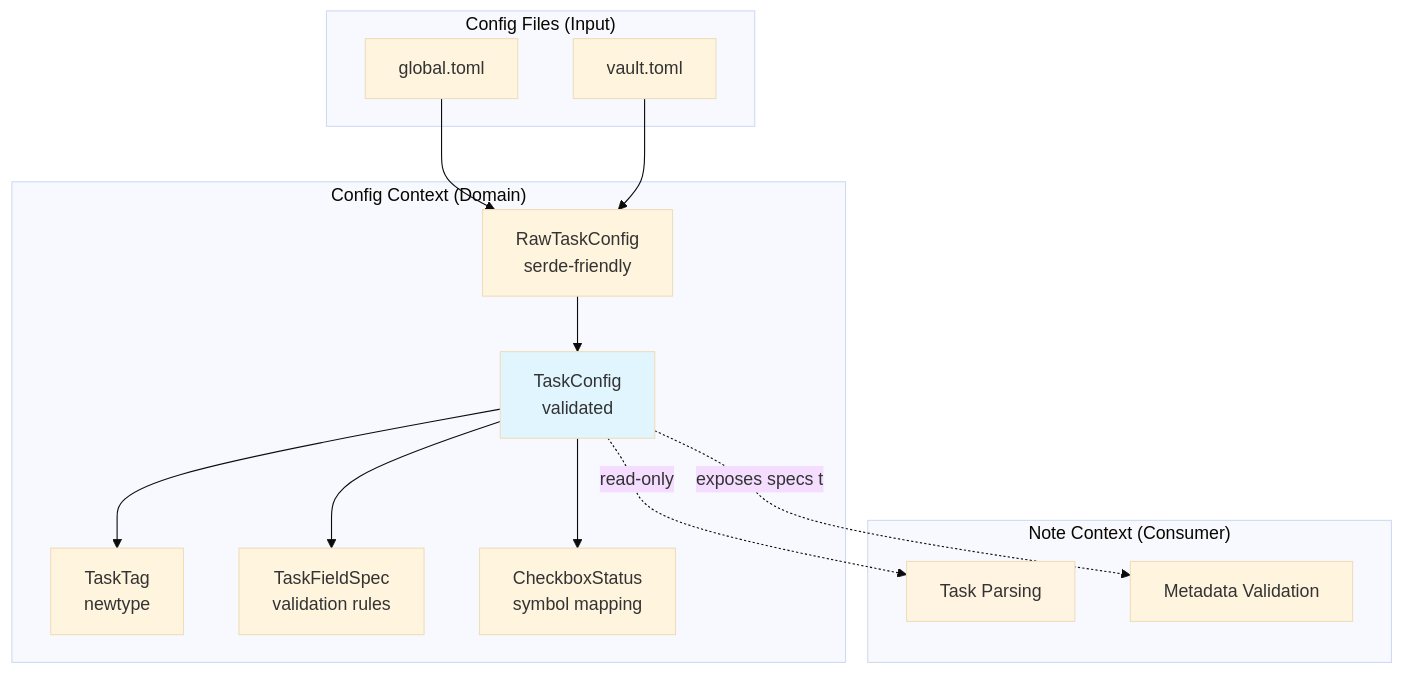
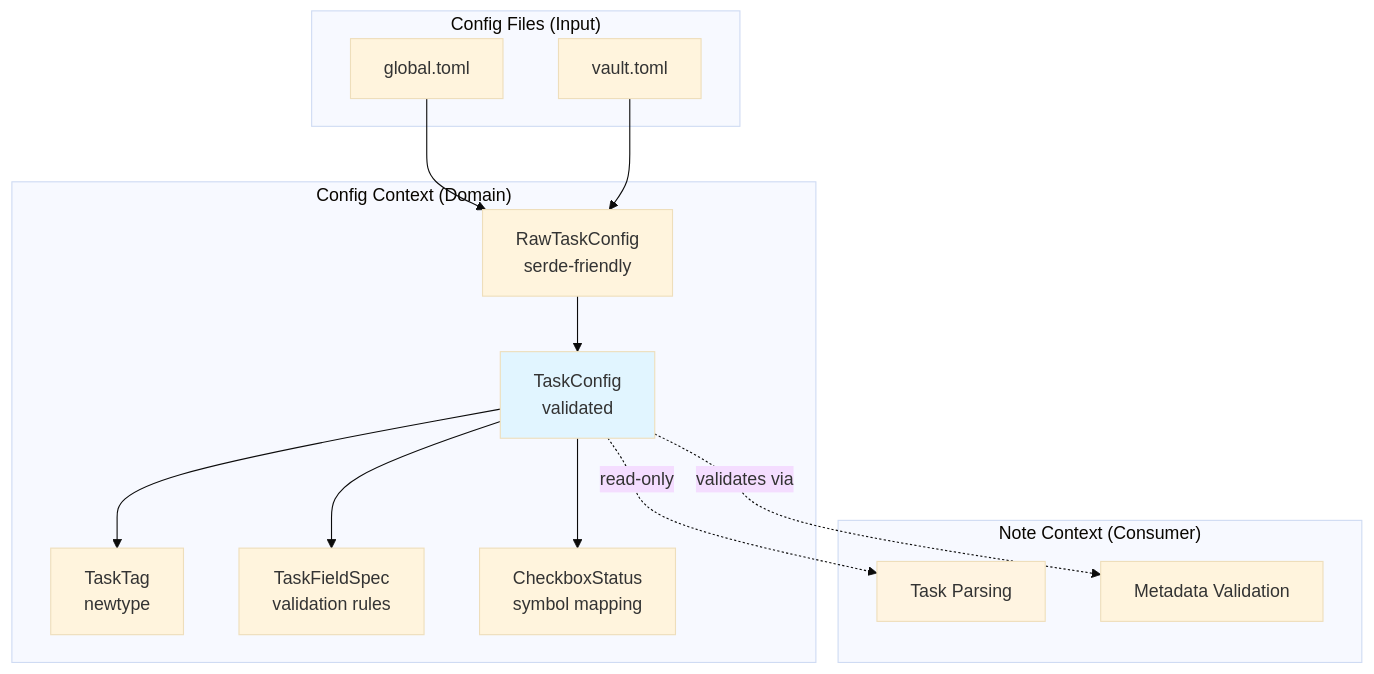
One commit to JackMatanky/lithos changed the first of 3 diagrams in docs/design/003-config-task.md. Above: the diagram before and after it, drawn with Mermaid (base theme). The commit also changed other lines of this file and 14 other files, not shown here.

````diff
--- a/docs/design/003-config-task.md
+++ b/docs/design/003-config-task.md
@@ -299,35 +295,35 @@
 ```mermaid
 graph TB
     subgraph "Config Files (Input)"
         GlobalTOML[global.toml]
         VaultTOML[vault.toml]
     end
 
     subgraph "Config Context (Domain)"
         RawTaskConfig[RawTaskConfig<br/>serde-friendly]
         TaskConfig[TaskConfig<br/>validated]
 
         TaskTag[TaskTag<br/>newtype]
         TaskFieldSpec[TaskFieldSpec<br/>validation rules]
         CheckboxStatus[CheckboxStatus<br/>symbol mapping]
 
         RawTaskConfig --> TaskConfig
         TaskConfig --> TaskTag
         TaskConfig --> TaskFieldSpec
         TaskConfig --> CheckboxStatus
     end
 
     subgraph "Note Context (Consumer)"
         TaskParsing[Task Parsing]
         MetadataValidation[Metadata Validation]
     end
 
     GlobalTOML --> RawTaskConfig
     VaultTOML --> RawTaskConfig
 
     TaskConfig -.read-only.-> TaskParsing
-    TaskConfig -.exposes specs to.-> MetadataValidation
+    TaskConfig -.validates via.-> MetadataValidation
 
     style TaskConfig fill:#e1f5ff
     style TaskParsing fill:#fff4e1
 ```
````
